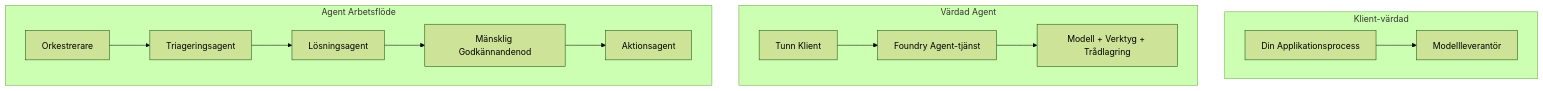
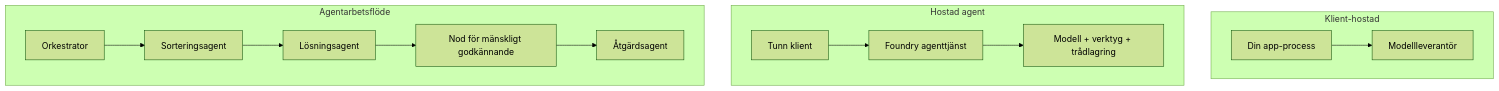
The first of 4 diagrams in translations/sv/16-deploying-scalable-agents/README.md (microsoft/ai-agents-for-beginners), drawn with Mermaid (forest theme) before and after one commit. The commit also changed other lines of this file and 46 other files, not shown here.

````diff
--- a/translations/sv/16-deploying-scalable-agents/README.md
+++ b/translations/sv/16-deploying-scalable-agents/README.md
@@ -87,16 +87,16 @@
 ```mermaid
 flowchart TB
-    subgraph P1[Klient-värdad]
-        A1[Din Applikationsprocess] --> M1[Modellleverantör]
+    subgraph P1[Klient-hostad]
+        A1[Din app-process] --> M1[Modellleverantör]
     end
-    subgraph P2[Värdad Agent]
-        A2[Tunn Klient] --> F2[Foundry Agent-tjänst]
-        F2 --> M2[Modell + Verktyg + Trådlagring]
+    subgraph P2[Hostad agent]
+        A2[Tunn klient] --> F2[Foundry agenttjänst]
+        F2 --> M2[Modell + verktyg + trådlagring]
     end
-    subgraph P3[Agent Arbetsflöde]
-        A3[Orkestrerare] --> S1[Triageringsagent]
+    subgraph P3[Agentarbetsflöde]
+        A3[Orkestrator] --> S1[Sorteringsagent]
         S1 --> S2[Lösningsagent]
-        S2 --> H[Mänsklig Godkännandenod]
-        H --> S3[Aktionsagent]
+        S2 --> H[Nod för mänskligt godkännande]
+        H --> S3[Åtgärdsagent]
     end
 ```
````
